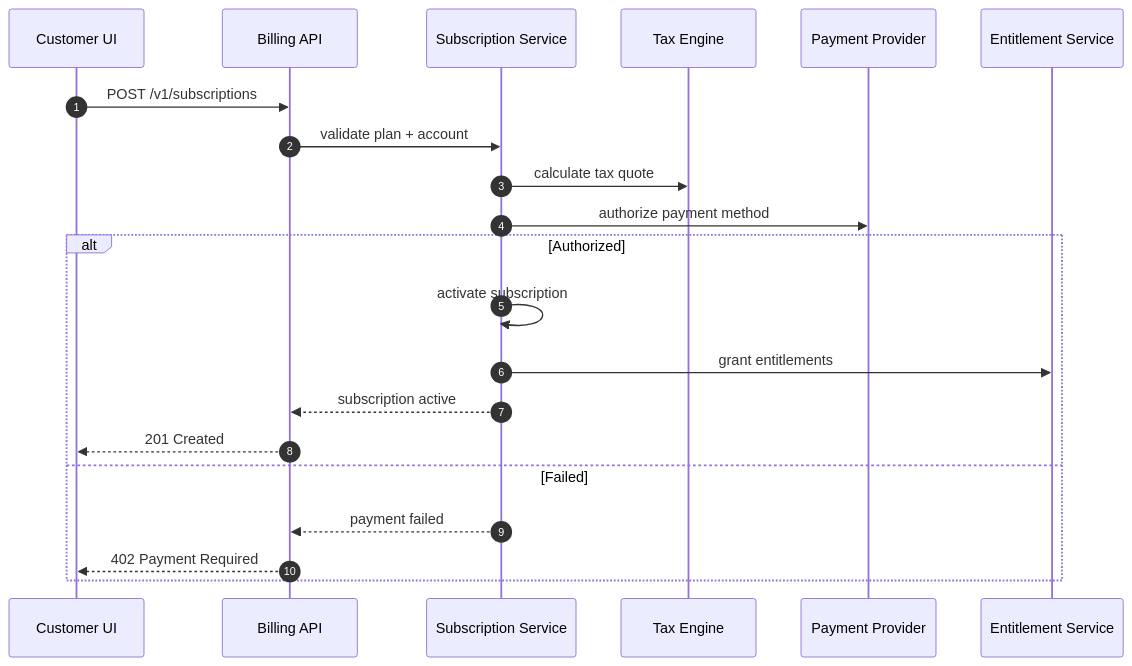
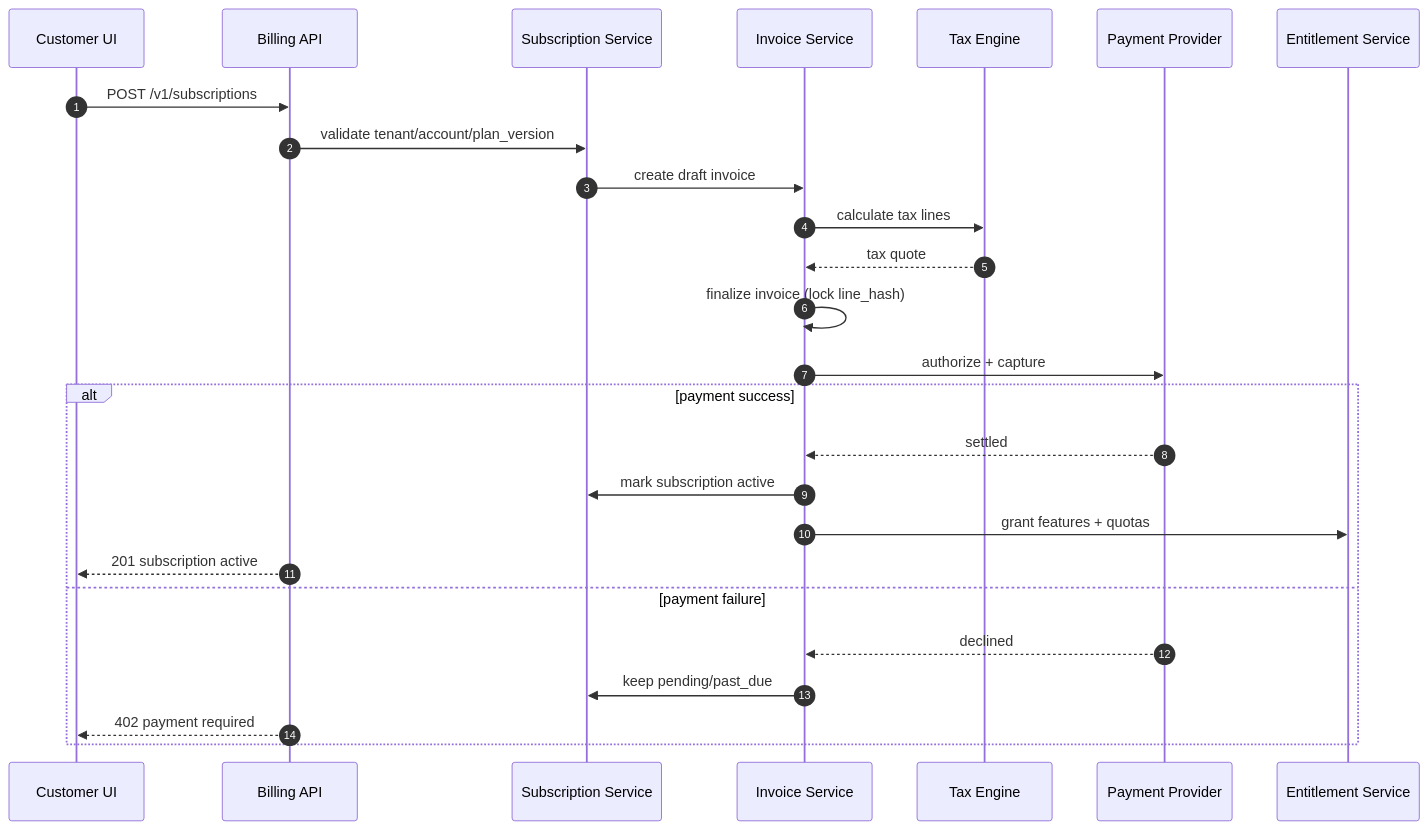
One commit to 0Ankit0/Project-Ideas changed the first of 4 diagrams in Subscription Billing and Entitlements Platform/detailed-design/sequence-diagrams.md. Above: the diagram before and after it, drawn with Mermaid. The commit also changed other lines of this file and 14 other files, not shown here.

Commit message:
Expand detailed design docs with implementation-ready schemas, APIs, and mermaid diagrams

````diff
--- a/Subscription Billing and Entitlements Platform/detailed-design/sequence-diagrams.md
+++ b/Subscription Billing and Entitlements Platform/detailed-design/sequence-diagrams.md
@@ -4,24 +4,29 @@
 ```mermaid
 sequenceDiagram
     autonumber
-    participant C as Customer UI
+    participant UI as Customer UI
     participant API as Billing API
     participant SUB as Subscription Service
+    participant BILL as Invoice Service
     participant TAX as Tax Engine
-    participant PSP as Payment Provider
+    participant PAY as Payment Provider
     participant ENT as Entitlement Service
 
-    C->>API: POST /v1/subscriptions
-    API->>SUB: validate plan + account
-    SUB->>TAX: calculate tax quote
-    SUB->>PSP: authorize payment method
-    alt Authorized
-      SUB->>SUB: activate subscription
-      SUB->>ENT: grant entitlements
-      SUB-->>API: subscription active
-      API-->>C: 201 Created
-    else Failed
-      SUB-->>API: payment failed
-      API-->>C: 402 Payment Required
+    UI->>API: POST /v1/subscriptions
+    API->>SUB: validate tenant/account/plan_version
+    SUB->>BILL: create draft invoice
+    BILL->>TAX: calculate tax lines
+    TAX-->>BILL: tax quote
+    BILL->>BILL: finalize invoice (lock line_hash)
+    BILL->>PAY: authorize + capture
+    alt payment success
+      PAY-->>BILL: settled
+      BILL->>SUB: mark subscription active
+      BILL->>ENT: grant features + quotas
+      API-->>UI: 201 subscription active
+    else payment failure
+      PAY-->>BILL: declined
+      BILL->>SUB: keep pending/past_due
+      API-->>UI: 402 payment required
     end
 ```
````
